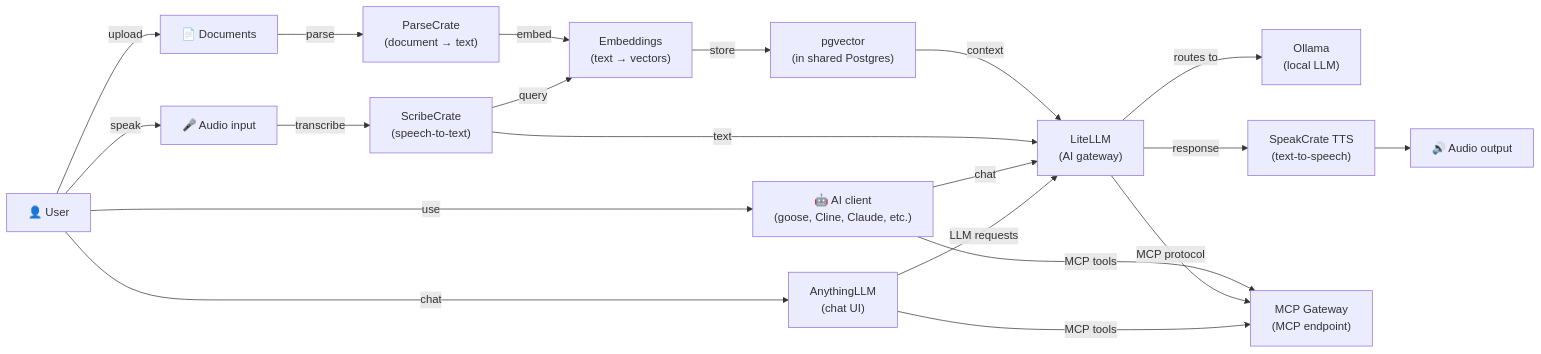
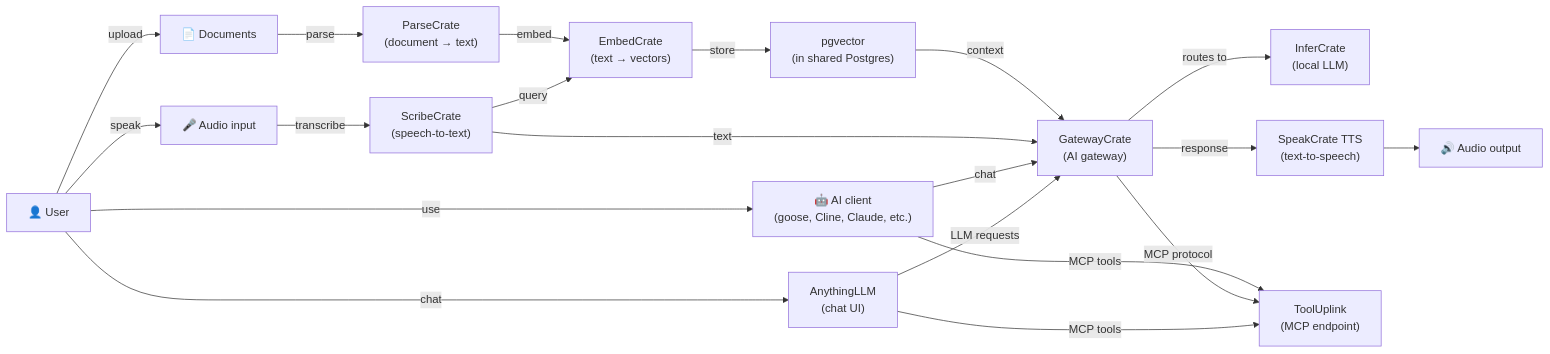
Before and after one commit to hwdsl2/self-hosted-ai-stack: the diagram in README.md, drawn with Mermaid. The commit also changed other lines of this file and 47 other files, not shown here.

````diff
--- a/README.md
+++ b/README.md
@@ -188,22 +188,22 @@
 ```mermaid
 graph LR
     A["🎤 Audio input"] -->|transcribe| W["ScribeCrate<br/>(speech-to-text)"]
     D["📄 Documents"] -->|parse| DC["ParseCrate<br/>(document → text)"]
-    DC -->|embed| E["Embeddings<br/>(text → vectors)"]
+    DC -->|embed| E["EmbedCrate<br/>(text → vectors)"]
     E -->|store| VDB["pgvector<br/>(in shared Postgres)"]
     W -->|query| E
-    VDB -->|context| L["LiteLLM<br/>(AI gateway)"]
+    VDB -->|context| L["GatewayCrate<br/>(AI gateway)"]
     W -->|text| L
-    L -->|routes to| O["Ollama<br/>(local LLM)"]
+    L -->|routes to| O["InferCrate<br/>(local LLM)"]
     L -->|response| T["SpeakCrate TTS<br/>(text-to-speech)"]
     T --> B["🔊 Audio output"]
-    C["🤖 AI client<br/>(goose, Cline, Claude, etc.)"] -->|MCP tools| M["MCP Gateway<br/>(MCP endpoint)"]
+    C["🤖 AI client<br/>(goose, Cline, Claude, etc.)"] -->|MCP tools| M["ToolUplink<br/>(MCP endpoint)"]
     C -->|chat| L
     L -->|MCP protocol| M
     U["👤 User"] -->|chat| AN["AnythingLLM<br/>(chat UI)"]
     AN -->|LLM requests| L
     AN -->|MCP tools| M
     U -->|use| C
     U -->|speak| A
     U -->|upload| D
 ```
````
